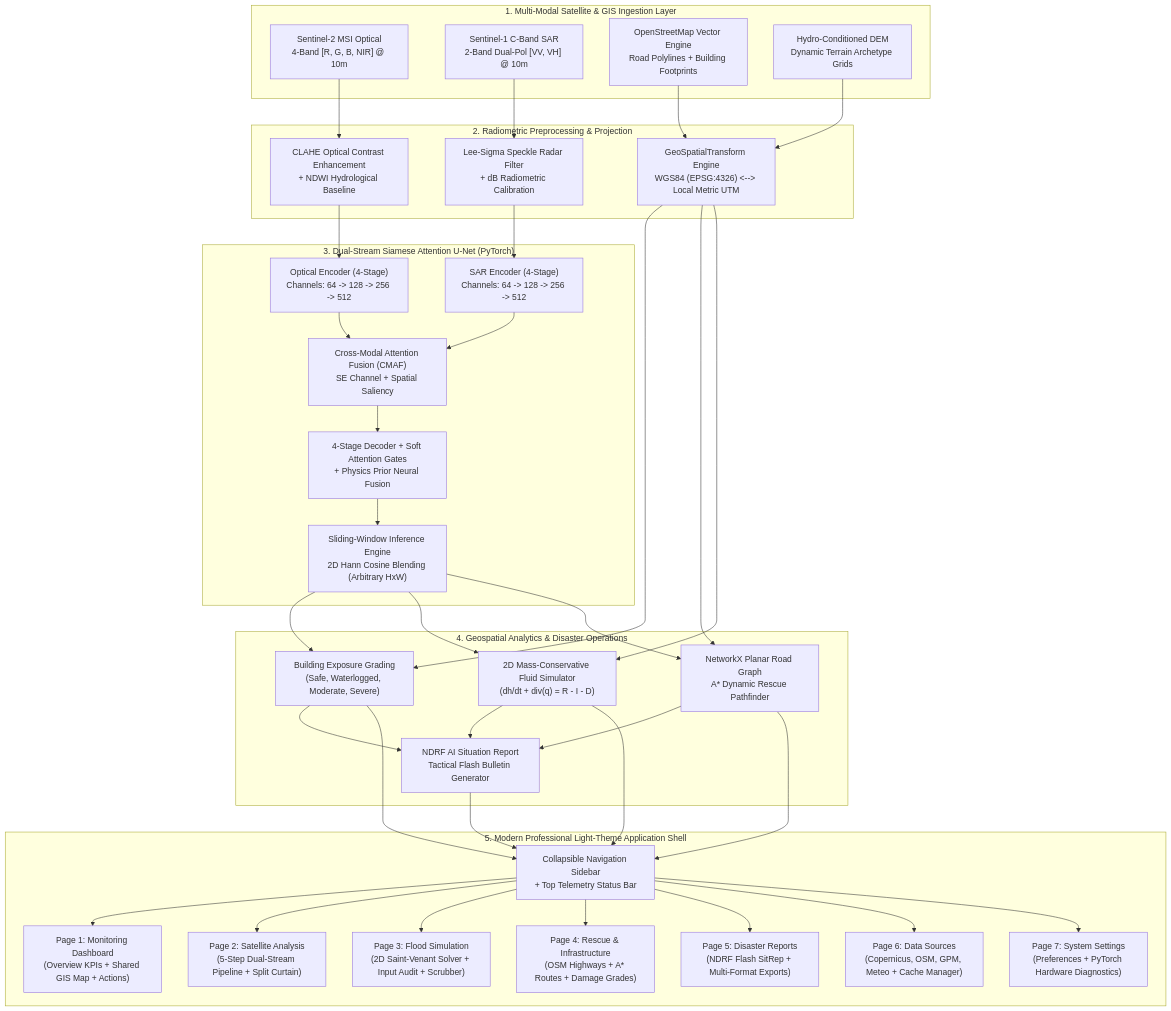
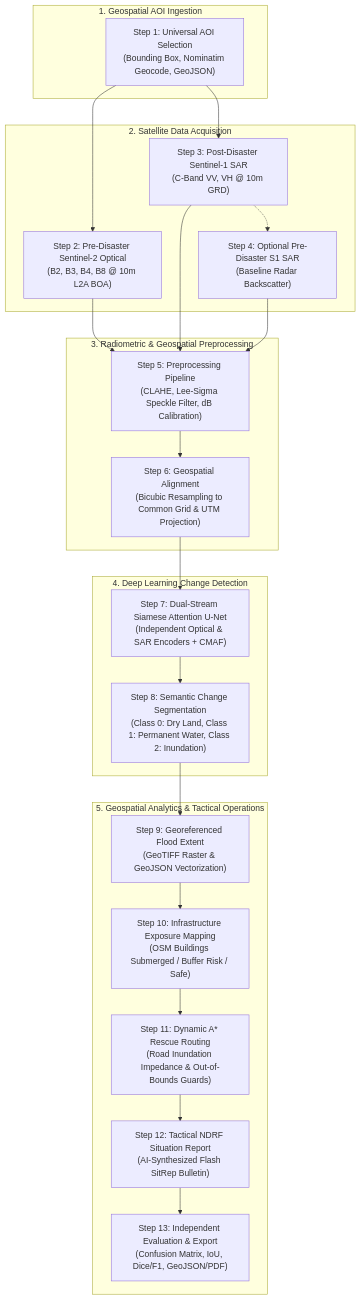
One commit to vickySv-design/FLOODSENSE-AI changed the first of 2 diagrams in README.md. Above: the diagram before and after it, drawn with Mermaid. The commit also changed other lines of this file and 9 other files, not shown here.

````diff
--- a/README.md
+++ b/README.md
@@ -72,49 +63,34 @@
 ```mermaid
 flowchart TD
-    subgraph INGESTION["1. Multi-Modal Satellite & GIS Ingestion Layer"]
-        S2["Sentinel-2 MSI Optical<br/>4-Band [R, G, B, NIR] @ 10m"]
-        S1["Sentinel-1 C-Band SAR<br/>2-Band Dual-Pol [VV, VH] @ 10m"]
-        OSM["OpenStreetMap Vector Engine<br/>Road Polylines + Building Footprints"]
-        DEM["Hydro-Conditioned DEM<br/>Dynamic Terrain Archetype Grids"]
+    subgraph PHASE_A["1. Geospatial AOI Ingestion"]
+        S1["Step 1: Universal AOI Selection<br/>(Bounding Box, Nominatim Geocode, GeoJSON)"]
     end
 
-    subgraph PREPROC["2. Radiometric Preprocessing & Projection"]
-        CLAHE["CLAHE Optical Contrast Enhancement<br/>+ NDWI Hydrological Baseline"]
-        LEE["Lee-Sigma Speckle Radar Filter<br/>+ dB Radiometric Calibration"]
-        GEOREF["GeoSpatialTransform Engine<br/>WGS84 (EPSG:4326) <--> Local Metric UTM"]
+    subgraph PHASE_B["2. Satellite Data Acquisition"]
+        S2["Step 2: Pre-Disaster Sentinel-2 Optical<br/>(B2, B3, B4, B8 @ 10m L2A BOA)"]
+        S3["Step 3: Post-Disaster Sentinel-1 SAR<br/>(C-Band VV, VH @ 10m GRD)"]
+        S4["Step 4: Optional Pre-Disaster S1 SAR<br/>(Baseline Radar Backscatter)"]
     end
 
-    subgraph DL_ENGINE["3. Dual-Stream Siamese Attention U-Net (PyTorch)"]
-        OPT_ENC["Optical Encoder (4-Stage)<br/>Channels: 64 -> 128 -> 256 -> 512"]
-        SAR_ENC["SAR Encoder (4-Stage)<br/>Channels: 64 -> 128 -> 256 -> 512"]
-        CMAF["Cross-Modal Attention Fusion (CMAF)<br/>SE Channel + Spatial Saliency"]
-        DEC["4-Stage Decoder + Soft Attention Gates<br/>+ Physics Prior Neural Fusion"]
-        SLIDE["Sliding-Window Inference Engine<br/>2D Hann Cosine Blending (Arbitrary HxW)"]
+    subgraph PHASE_C["3. Radiometric & Geospatial Preprocessing"]
+        S5["Step 5: Preprocessing Pipeline<br/>(CLAHE, Lee-Sigma Speckle Filter, dB Calibration)"]
+        S6["Step 6: Geospatial Alignment<br/>(Bicubic Resampling to Common Grid & UTM Projection)"]
     end
 
-    subgraph TACTICAL["4. Geospatial Analytics & Disaster Operations"]
-        DAMAGE["Building Exposure Grading<br/>(Safe, Waterlogged, Moderate, Severe)"]
-        HYDRO["2D Mass-Conservative Fluid Simulator<br/>(dh/dt + div(q) = R - I - D)"]
-        ASTAR["NetworkX Planar Road Graph<br/>A* Dynamic Rescue Pathfinder"]
-        SITREP["NDRF AI Situation Report<br/>Tactical Flash Bulletin Generator"]
+    subgraph PHASE_D["4. Deep Learning Change Detection"]
+        S7["Step 7: Dual-Stream Siamese Attention U-Net<br/>(Independent Optical & SAR Encoders + CMAF)"]
+        S8["Step 8: Semantic Change Segmentation<br/>(Class 0: Dry Land, Class 1: Permanent Water, Class 2: Inundation)"]
     end
 
-    subgraph UI["5. Modern Professional Light-Theme Application Shell"]
-        SHELL["Collapsible Navigation Sidebar<br/>+ Top Telemetry Status Bar"]
-        P1["Page 1: Monitoring Dashboard<br/>(Overview KPIs + Shared GIS Map + Actions)"]
-        P2["Page 2: Satellite Analysis<br/>(5-Step Dual-Stream Pipeline + Split Curtain)"]
-        P3["Page 3: Flood Simulation<br/>(2D Saint-Venant Solver + Input Audit + Scrubber)"]
-        P4["Page 4: Rescue & Infrastructure<br/>(OSM Highways + A* Routes + Damage Grades)"]
-        P5["Page 5: Disaster Reports<br/>(NDRF Flash SitRep + Multi-Format Exports)"]
-        P6["Page 6: Data Sources<br/>(Copernicus, OSM, GPM, Meteo + Cache Manager)"]
-        P7["Page 7: System Settings<br/>(Preferences + PyTorch Hardware Diagnostics)"]
+    subgraph PHASE_E["5. Geospatial Analytics & Tactical Operations"]
+        S9["Step 9: Georeferenced Flood Extent<br/>(GeoTIFF Raster & GeoJSON Vectorization)"]
+        S10["Step 10: Infrastructure Exposure Mapping<br/>(OSM Buildings Submerged / Buffer Risk / Safe)"]
+        S11["Step 11: Dynamic A* Rescue Routing<br/>(Road Inundation Impedance & Out-of-Bounds Guards)"]
+        S12["Step 12: Tactical NDRF Situation Report<br/>(AI-Synthesized Flash SitRep Bulletin)"]
+        S13["Step 13: Independent Evaluation & Export<br/>(Confusion Matrix, IoU, Dice/F1, GeoJSON/PDF)"]
     end
 
-    S2 --> CLAHE --> OPT_ENC
-    S1 --> LEE --> SAR_ENC
-    OPT_ENC & SAR_ENC --> CMAF --> DEC --> SLIDE
-    SLIDE --> DAMAGE & HYDRO & ASTAR
-    OSM & DEM --> GEOREF --> DAMAGE & ASTAR & HYDRO
-    DAMAGE & ASTAR & HYDRO --> SITREP
-    DAMAGE & ASTAR & HYDRO & SITREP --> SHELL --> P1 & P2 & P3 & P4 & P5 & P6 & P7
+    S1 --> S2 & S3
+    S3 -.-> S4
+    S2 & S3 & S4 --> S5 --> S6 --> S7 --> S8 --> S9 --> S10 --> S11 --> S12 --> S13
 ```
````
